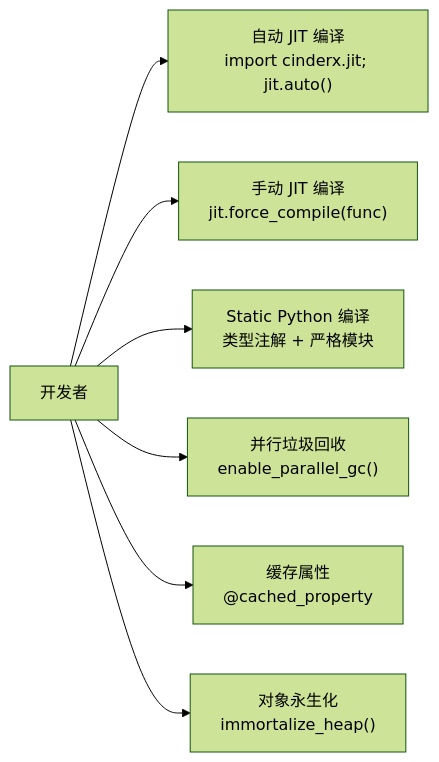
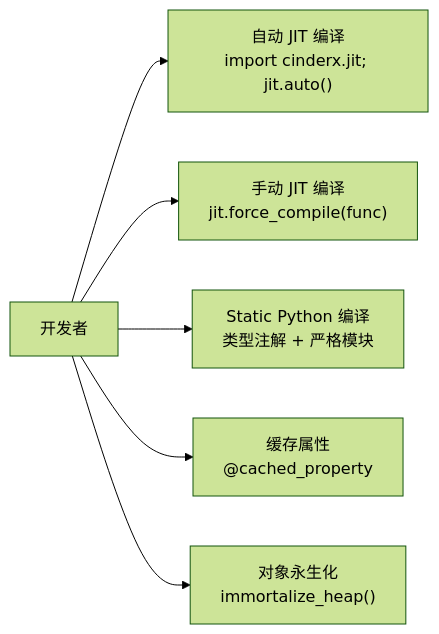
Before and after one commit to Cookie4Cat/cinderx: the third of 11 diagrams in cinderx/Docs/arch.md, drawn with Mermaid (forest theme). The commit also changed other lines of this file, not shown here.

````diff
--- a/cinderx/Docs/arch.md
+++ b/cinderx/Docs/arch.md
@@ -157,18 +154,16 @@
 ```mermaid
 graph LR
     Actor["开发者"]
 
     UC1["自动 JIT 编译<br/>import cinderx.jit; jit.auto()"]
     UC2["手动 JIT 编译<br/>jit.force_compile(func)"]
     UC3["Static Python 编译<br/>类型注解 + 严格模块"]
-    UC4["并行垃圾回收<br/>enable_parallel_gc()"]
-    UC5["缓存属性<br/>@cached_property"]
-    UC6["对象永生化<br/>immortalize_heap()"]
+    UC4["缓存属性<br/>@cached_property"]
+    UC5["对象永生化<br/>immortalize_heap()"]
 
     Actor --> UC1
     Actor --> UC2
     Actor --> UC3
     Actor --> UC4
     Actor --> UC5
-    Actor --> UC6
 ```
````
